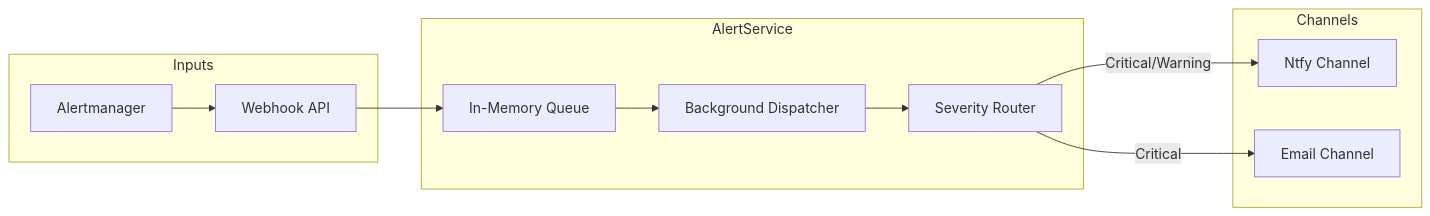
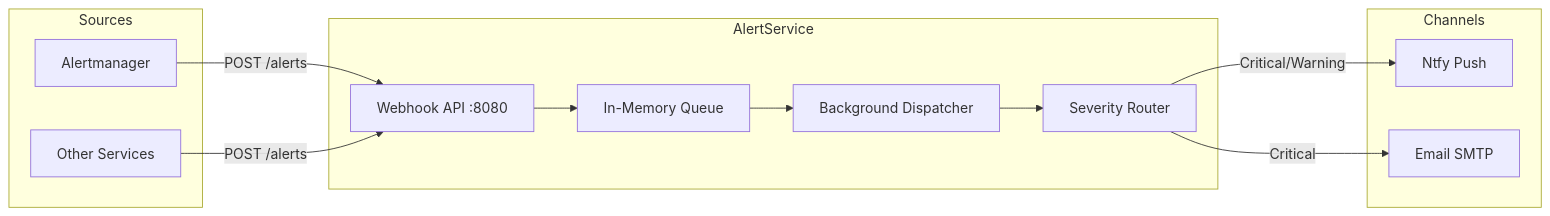
One commit to jpansarasa/ATLAS-Docs changed the diagram in AlertService/README.md. Above: the diagram before and after it, drawn with Mermaid. The commit also changed other lines of this file and 31 other files, not shown here.

````diff
--- a/AlertService/README.md
+++ b/AlertService/README.md
@@ -11,25 +11,26 @@
 ```mermaid
 flowchart LR
-    subgraph Inputs
+    subgraph Sources
         AM[Alertmanager]
-        API[Webhook API]
+        APPS[Other Services]
     end
 
-    subgraph Core [AlertService]
-        Queue[In-Memory Queue]
-        Dispatcher[Background Dispatcher]
-        Router[Severity Router]
+    subgraph AlertService
+        API[Webhook API :8080]
+        QUEUE[In-Memory Queue]
+        DISPATCH[Background Dispatcher]
+        ROUTER[Severity Router]
     end
 
     subgraph Channels
-        Ntfy[Ntfy Channel]
-        Email[Email Channel]
+        NTFY[Ntfy Push]
+        EMAIL[Email SMTP]
     end
 
-    AM --> API
-    API --> Queue
-    Queue --> Dispatcher
-    Dispatcher --> Router
-    Router -- Critical/Warning --> Ntfy
-    Router -- Critical --> Email
+    AM & APPS -->|POST /alerts| API
+    API --> QUEUE
+    QUEUE --> DISPATCH
+    DISPATCH --> ROUTER
+    ROUTER -->|Critical/Warning| NTFY
+    ROUTER -->|Critical| EMAIL
 ```
````
